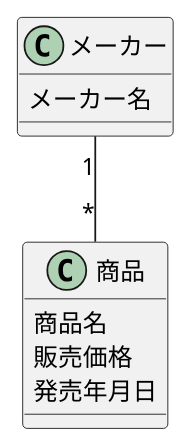
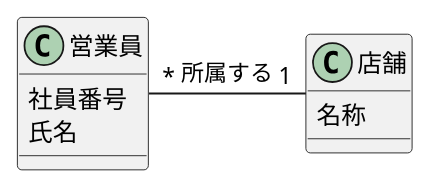
The diagram in ch08/sample.puml (yinm/uml-modeling-lesson), drawn with PlantUML before and after one commit.

Commit message:
Add lesson28

```diff
--- a/ch08/sample.puml
+++ b/ch08/sample.puml
@@ -1,15 +1,14 @@
 @startuml
 
-class メーカー {
-  メーカー名
+class 営業員 {
+  社員番号
+  氏名
 }
 
-class 商品 {
-  商品名
-  販売価格
-  発売年月日
+class 店舗 {
+  名称
 }
 
-メーカー "1"--"*" 商品
+営業員 "*"-r-"1" 店舗 : 所属する
 
 @enduml
```
